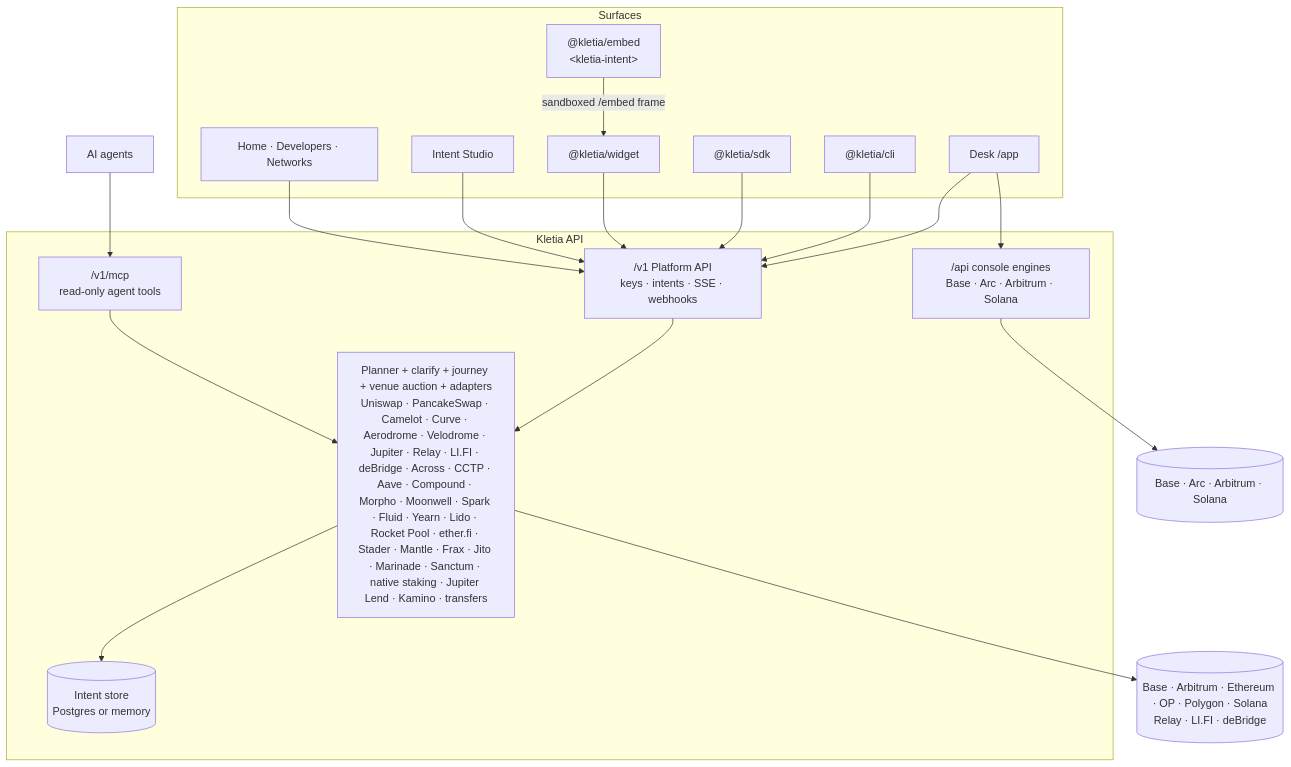
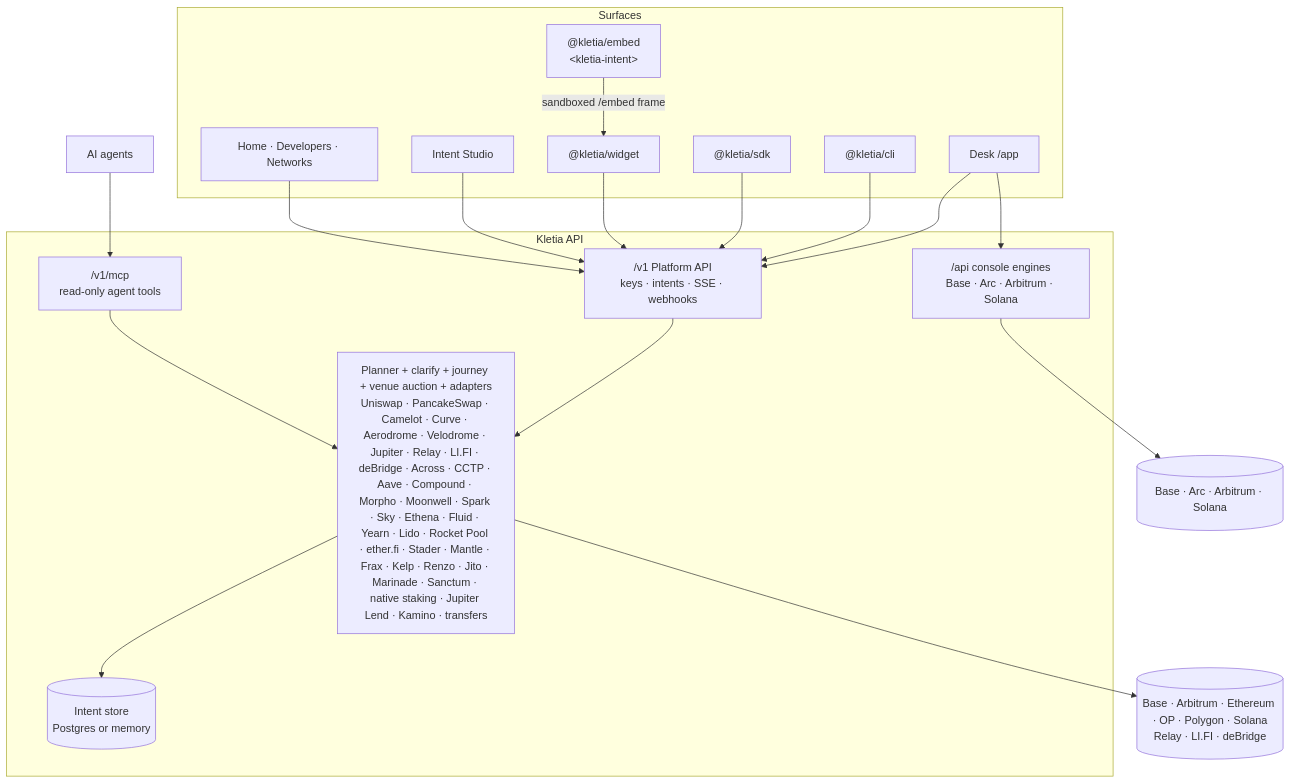
The second of 2 diagrams in README.md (furkan3152/Kletia), drawn with Mermaid before and after one commit. The commit also changed other lines of this file and 38 other files, not shown here.

First line of the commit message:
Add more EVM protocols: Curve, Sky, Ethena, Kelp, Renzo

````diff
--- a/README.md
+++ b/README.md
@@ -266,27 +266,27 @@
 ```mermaid
 flowchart TB
     subgraph Surfaces
       Site[Home · Developers · Networks]
       Console[Desk /app]
       Studio[Intent Studio]
       Widget["@kletia/widget"]
       Embed["@kletia/embed<br/>&lt;kletia-intent&gt;"]
       SDK["@kletia/sdk"]
       CLI["@kletia/cli"]
     end
     subgraph API[Kletia API]
       V1["/v1 Platform API<br/>keys · intents · SSE · webhooks"]
       MCP["/v1/mcp<br/>read-only agent tools"]
-      Engine[Planner + clarify + journey + venue auction + adapters<br/>Uniswap · PancakeSwap · Camelot · Curve · Aerodrome · Velodrome · Jupiter · Relay · LI.FI · deBridge · Across · CCTP · Aave · Compound · Morpho · Moonwell · Spark · Fluid · Yearn · Lido · Rocket Pool · ether.fi · Stader · Mantle · Frax · Jito · Marinade · Sanctum · native staking · Jupiter Lend · Kamino · transfers]
+      Engine[Planner + clarify + journey + venue auction + adapters<br/>Uniswap · PancakeSwap · Camelot · Curve · Aerodrome · Velodrome · Jupiter · Relay · LI.FI · deBridge · Across · CCTP · Aave · Compound · Morpho · Moonwell · Spark · Sky · Ethena · Fluid · Yearn · Lido · Rocket Pool · ether.fi · Stader · Mantle · Frax · Kelp · Renzo · Jito · Marinade · Sanctum · native staking · Jupiter Lend · Kamino · transfers]
       Store[(Intent store<br/>Postgres or memory)]
       AppApi["/api console engines<br/>Base · Arc · Arbitrum · Solana"]
     end
     Embed -->|"sandboxed /embed frame"| Widget
     Site & Studio & Widget & SDK & CLI --> V1
     Agents[AI agents] --> MCP --> Engine
     Console --> V1
     Console --> AppApi
     V1 --> Engine --> Store
     Engine --> Chains[(Base · Arbitrum · Ethereum · OP · Polygon · Solana<br/>Relay · LI.FI · deBridge)]
     AppApi --> Chains2[(Base · Arc · Arbitrum · Solana)]
 ```
````
